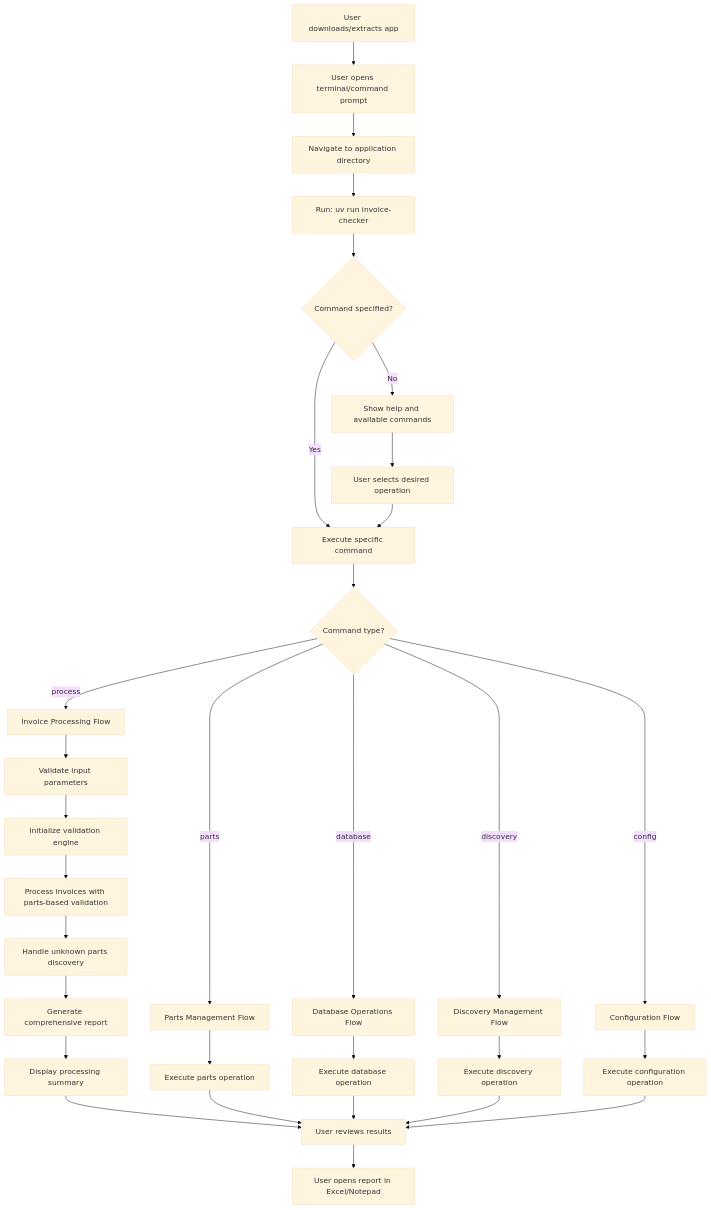
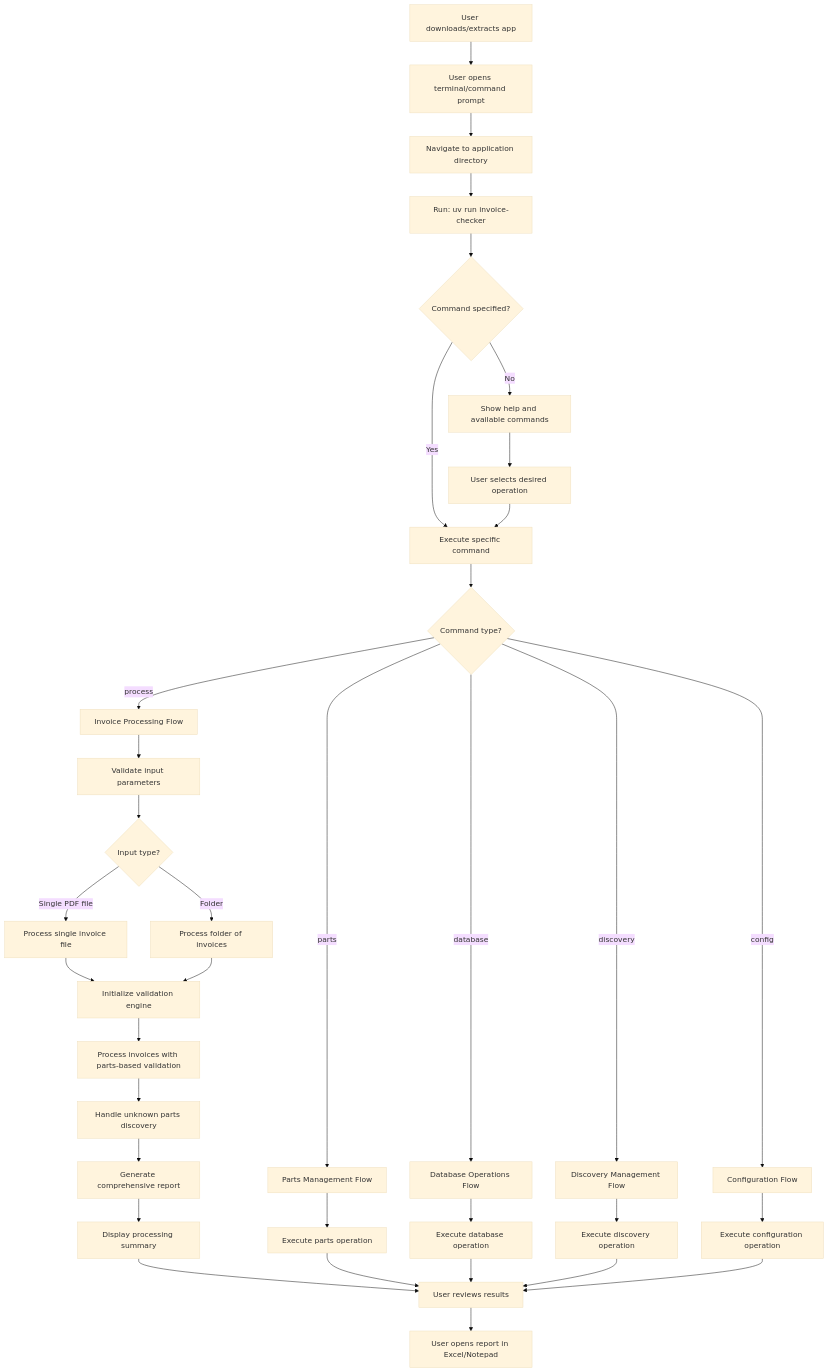
The first of 8 diagrams in docs/USER_FLOWS.md (Nuosis/invoice_line_cost_detection), drawn with Mermaid (base theme) before and after one commit. The commit also changed other lines of this file and 7 other files, not shown here.

Commit message:
single file processing

````diff
--- a/docs/USER_FLOWS.md
+++ b/docs/USER_FLOWS.md
@@ -7,41 +7,45 @@
 ```mermaid
 flowchart TD
     A[User downloads/extracts app] --> B[User opens terminal/command prompt]
     B --> C[Navigate to application directory]
     C --> D[Run: uv run invoice-checker]
     D --> E{Command specified?}
     E -->|No| F[Show help and available commands]
     E -->|Yes| G[Execute specific command]
     
     F --> F1[User selects desired operation]
     F1 --> G
     
     G --> H{Command type?}
     H -->|process| I[Invoice Processing Flow]
     H -->|parts| J[Parts Management Flow]
     H -->|database| K[Database Operations Flow]
     H -->|discovery| L[Discovery Management Flow]
     H -->|config| M[Configuration Flow]
     
     I --> I1[Validate input parameters]
-    I1 --> I2[Initialize validation engine]
-    I2 --> I3[Process invoices with parts-based validation]
-    I3 --> I4[Handle unknown parts discovery]
-    I4 --> I5[Generate comprehensive report]
-    I5 --> I6[Display processing summary]
-    I6 --> N[User reviews results]
+    I1 --> I2{Input type?}
+    I2 -->|Single PDF file| I2A[Process single invoice file]
+    I2 -->|Folder| I2B[Process folder of invoices]
+    I2A --> I3[Initialize validation engine]
+    I2B --> I3
+    I3 --> I4[Process invoices with parts-based validation]
+    I4 --> I5[Handle unknown parts discovery]
+    I5 --> I6[Generate comprehensive report]
+    I6 --> I7[Display processing summary]
+    I7 --> N[User reviews results]
     
     J --> J1[Execute parts operation]
     J1 --> N
     
     K --> K1[Execute database operation]
     K1 --> N
     
     L --> L1[Execute discovery operation]
     L1 --> N
     
     M --> M1[Execute configuration operation]
     M1 --> N
     
     N --> O[User opens report in Excel/Notepad]
 ```
````
